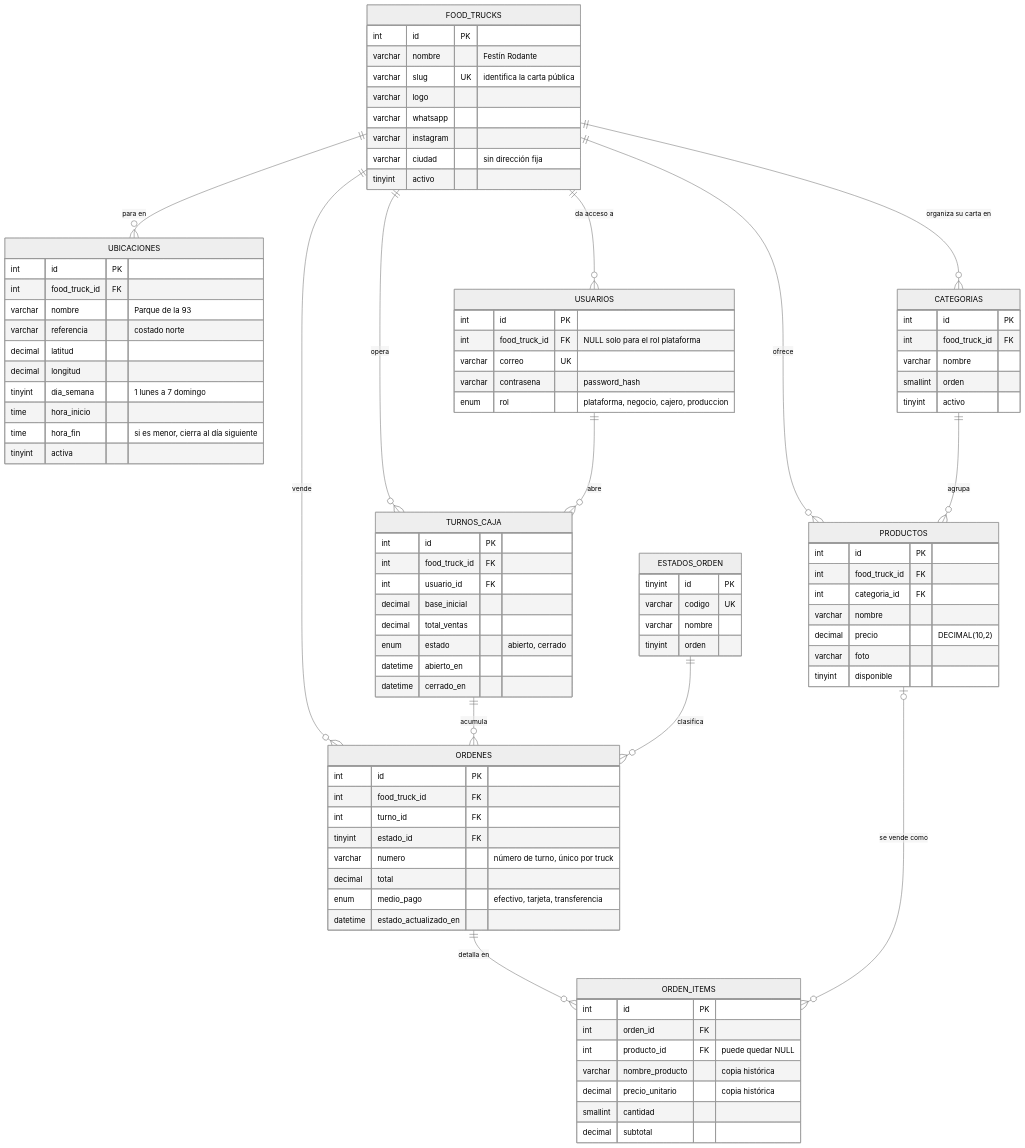
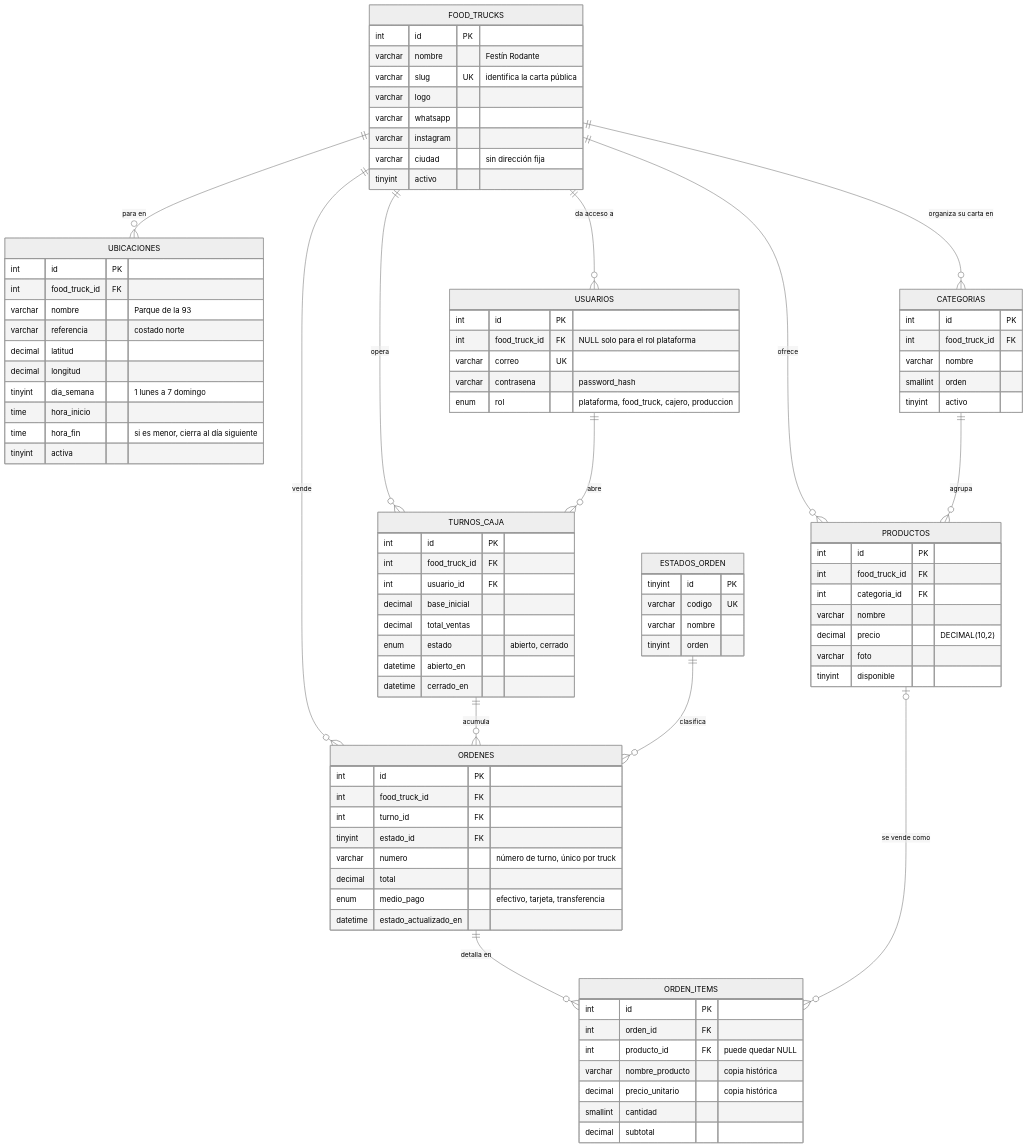
One commit to Lain-Ramirez/Menu08 changed the fifth of 7 diagrams in README.md. Above: the diagram before and after it, drawn with Mermaid (neutral theme). The commit also changed other lines of this file and 31 other files, not shown here.

```diff
--- a/README.md
+++ b/README.md
@@ -217,7 +230,7 @@
         int food_truck_id FK "NULL solo para el rol plataforma"
         varchar correo UK
         varchar contrasena "password_hash"
-        enum rol "plataforma, negocio, cajero, produccion"
+        enum rol "plataforma, food_truck, cajero, produccion"
     }
     CATEGORIAS {
         int id PK
```
